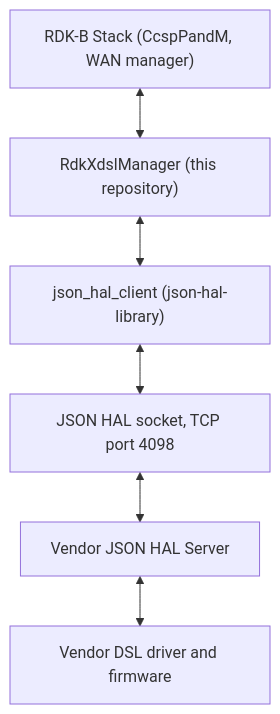
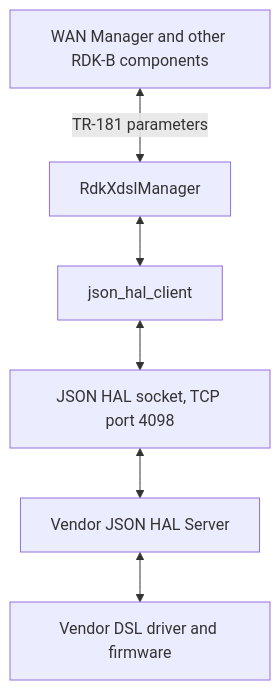
One commit to Blitzy-Sky/xdsl-manager changed the diagram in README.md. Above: the diagram before and after it, drawn with Mermaid. The commit also changed other lines of this file and 2 other files, not shown here.

````diff
--- a/README.md
+++ b/README.md
@@ -48,14 +48,14 @@
 ```mermaid
 flowchart TD
-    Stack["RDK-B Stack (CcspPandM, WAN manager)"]
-    Mgr["RdkXdslManager (this repository)"]
-    Cli["json_hal_client (json-hal-library)"]
+    Dm["WAN Manager and other RDK-B components"]
+    Mgr["RdkXdslManager"]
+    Cli["json_hal_client"]
     Sock["JSON HAL socket, TCP port 4098"]
     Srv["Vendor JSON HAL Server"]
     Drv["Vendor DSL driver and firmware"]
-    Stack <--> Mgr
+    Dm <-->|TR-181 parameters| Mgr
     Mgr <--> Cli
     Cli <--> Sock
     Sock <--> Srv
     Srv <--> Drv
 ```
````
